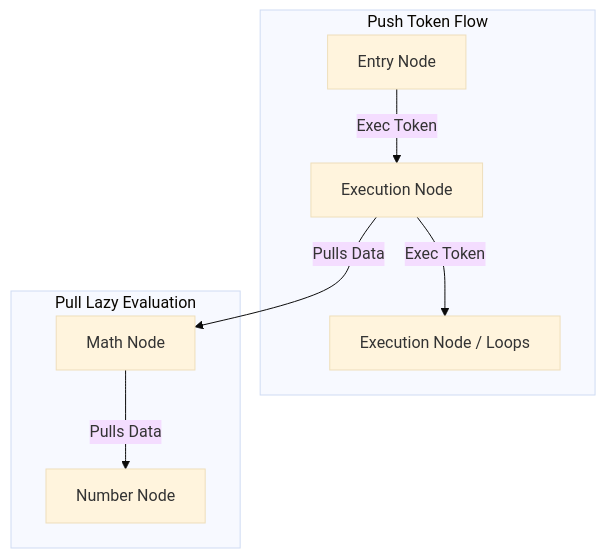
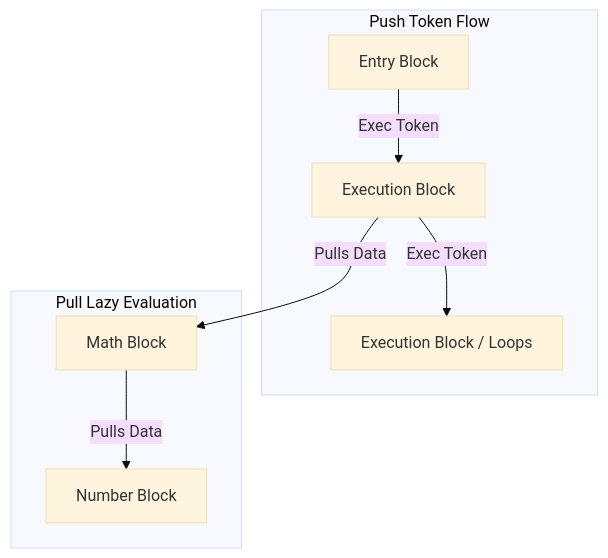
One commit to pfjarschel/ComfyLAB changed the diagram in README.md. Above: the diagram before and after it, drawn with Mermaid (base theme). The commit also changed other lines of this file, not shown here.

````diff
--- a/README.md
+++ b/README.md
@@ -25,12 +44,12 @@
 ```mermaid
 graph TD
     subgraph Execution Wires [Push Token Flow]
-        Start[Entry Node] -->|Exec Token| NodeA[Execution Node]
-        NodeA -->|Exec Token| NodeB[Execution Node / Loops]
+        Start[Entry Block] -->|Exec Token| BlockA[Execution Block]
+        BlockA -->|Exec Token| BlockB[Execution Block / Loops]
       end
     
     subgraph Data Wires [Pull Lazy Evaluation]
-        NodeA -->|Pulls Data| MathAdd[Math Node]
-        MathAdd -->|Pulls Data| ConstNum[Number Node]
+        BlockA -->|Pulls Data| MathAdd[Math Block]
+        MathAdd -->|Pulls Data| ConstNum[Number Block]
       end
 ```
````
